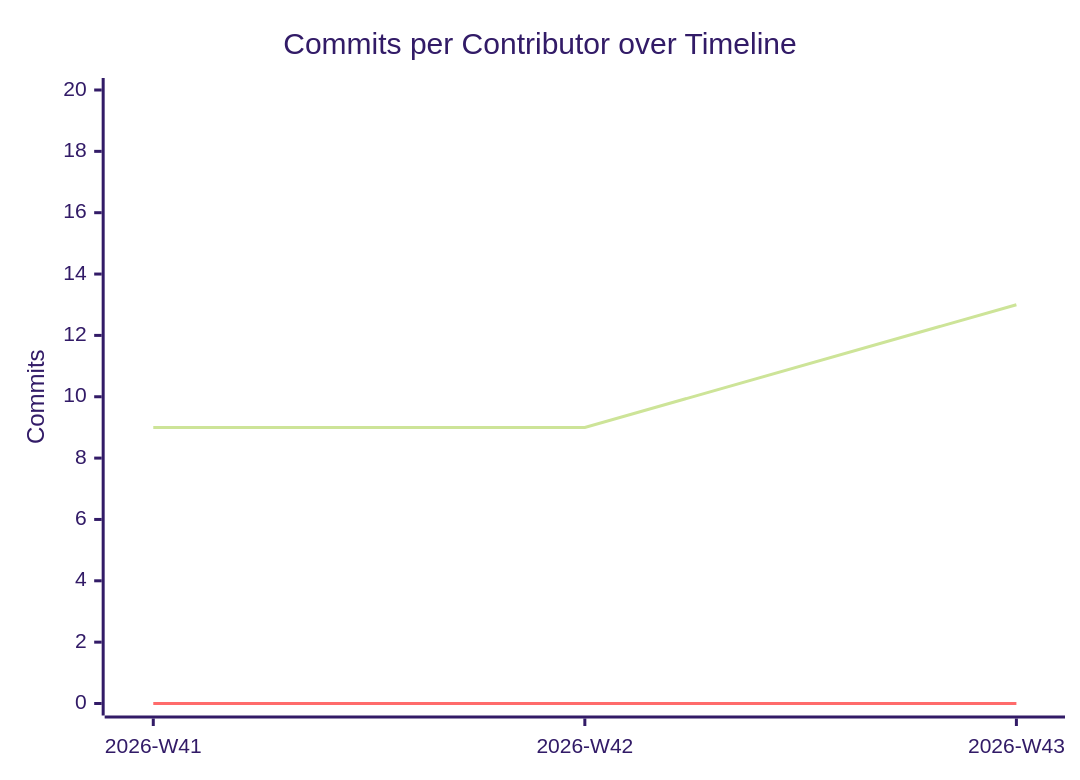
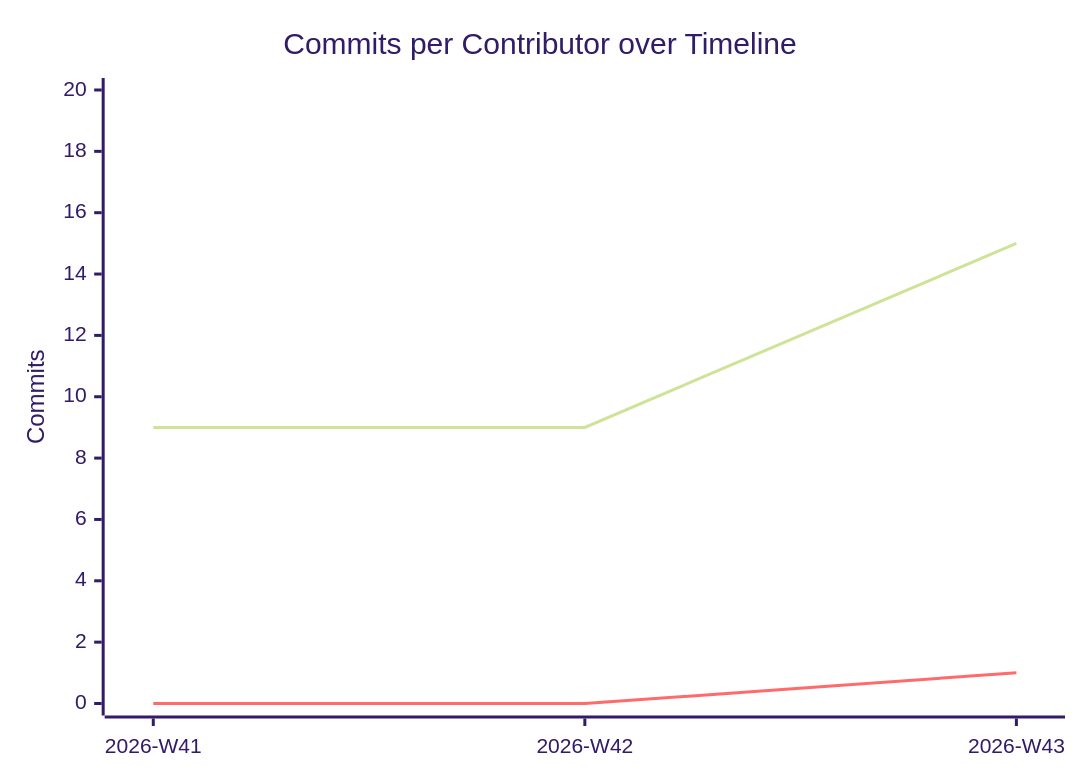
One commit to BeyondMagic/swe-template changed the diagram in documentation/snippets/management/commit-velocity.mmd. Above: the diagram before and after it, drawn with Mermaid (forest theme). The commit also changed 2 other files, not shown here.

```diff
--- a/documentation/snippets/management/commit-velocity.mmd
+++ b/documentation/snippets/management/commit-velocity.mmd
@@ -1,6 +1,6 @@
 xychart-beta
     title "Commits per Contributor over Timeline"
     x-axis ["2026-W41", "2026-W42", "2026-W43"]
     y-axis "Commits" 0 --> 20
-    line [9, 9, 13]
-    line [0, 0, 0]
+    line [9, 9, 15]
+    line [0, 0, 1]
```
